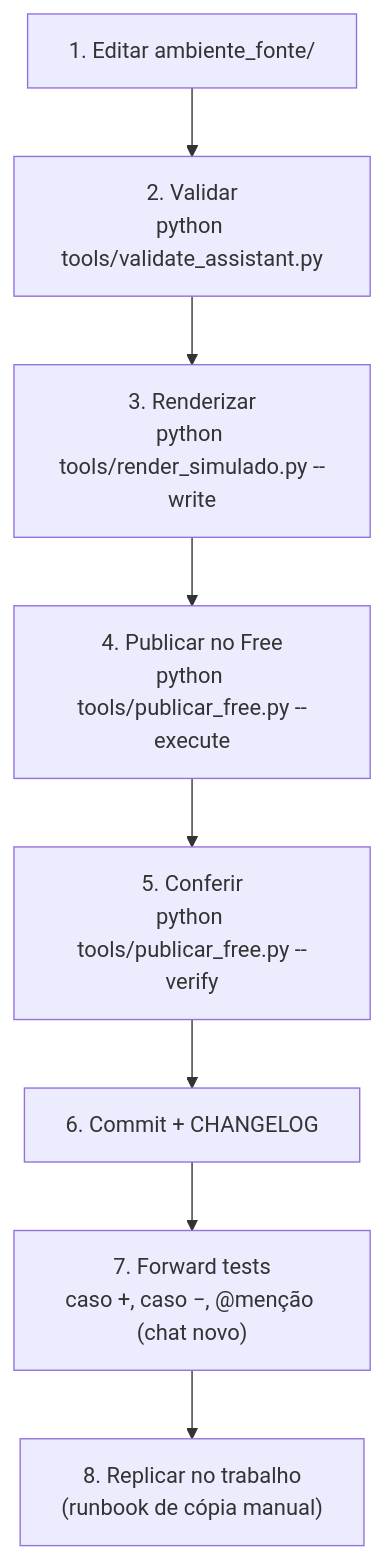
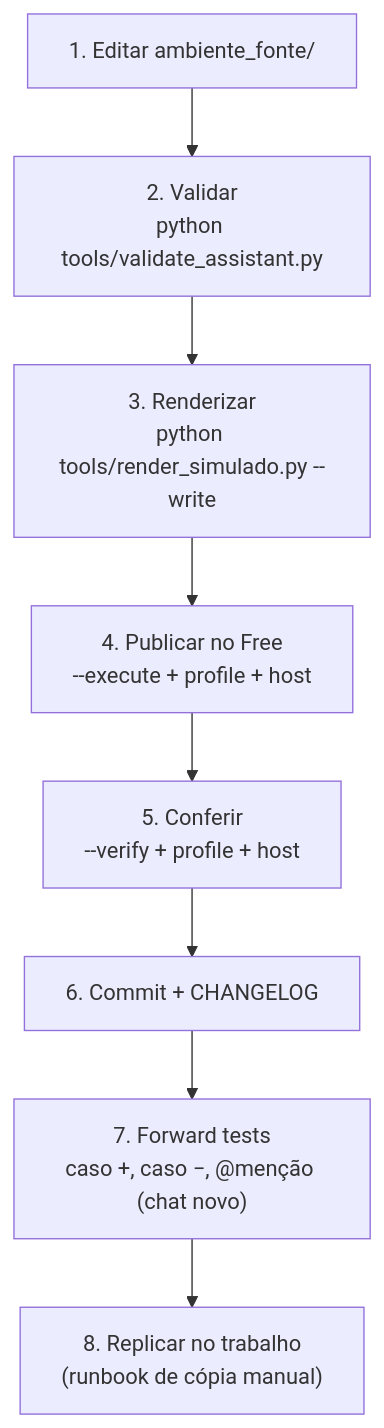
The second of 3 diagrams in README.md (Guimarais-R-Rodrigo/Ambiente_Databricks), drawn with Mermaid before and after one commit. The commit also changed other lines of this file and 392 other files, not shown here.

````diff
--- a/README.md
+++ b/README.md
@@ -166,10 +169,10 @@
 ```mermaid
 flowchart TD
   E["1. Editar ambiente_fonte/"] --> V["2. Validar\npython tools/validate_assistant.py"]
   V --> R["3. Renderizar\npython tools/render_simulado.py --write"]
-  R --> P["4. Publicar no Free\npython tools/publicar_free.py --execute"]
-  P --> C["5. Conferir\npython tools/publicar_free.py --verify"]
+  R --> P["4. Publicar no Free\n--execute + profile + host"]
+  P --> C["5. Conferir\n--verify + profile + host"]
   C --> G["6. Commit + CHANGELOG"]
   G --> T["7. Forward tests\ncaso +, caso −, @menção (chat novo)"]
   T --> W["8. Replicar no trabalho\n(runbook de cópia manual)"]
 ```
````
